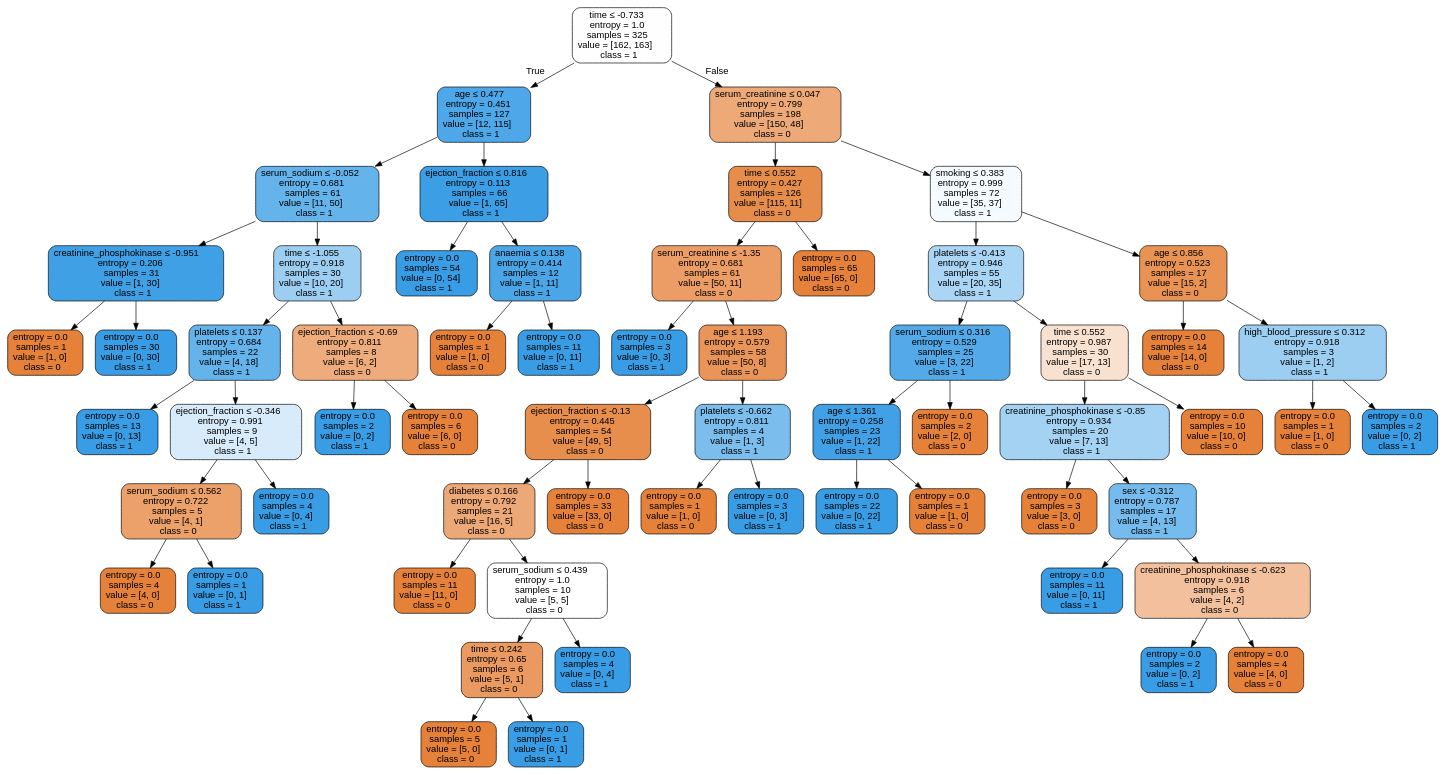
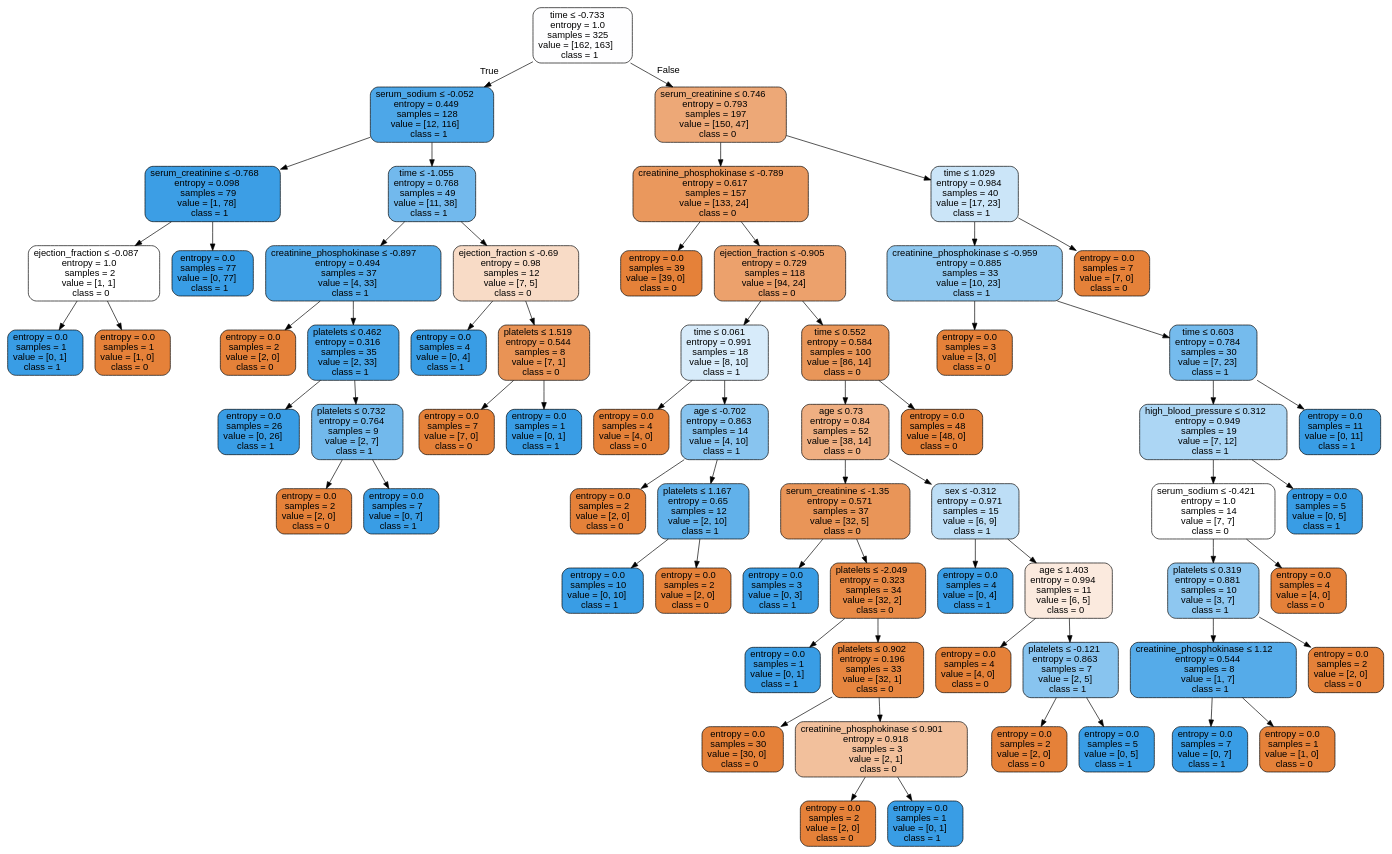
Before and after one commit to isabelSoares/CD-2021: the diagram in Labs/Results/DecisionTrees/SMOTE/HFCR - SMOTE - dtree.dot, drawn with Graphviz. The commit also changed 132 other files, not shown here.

```diff
--- a/Labs/Results/DecisionTrees/SMOTE/HFCR - SMOTE - dtree.dot
+++ b/Labs/Results/DecisionTrees/SMOTE/HFCR - SMOTE - dtree.dot
@@ -2,124 +2,132 @@
 node [shape=box, style="filled, rounded", color="black", fontname=helvetica] ;
 edge [fontname=helvetica] ;
 0 [label=<time &le; -0.733<br/>entropy = 1.0<br/>samples = 325<br/>value = [162, 163]<br/>class = 1>, fillcolor="#fefeff"] ;
-1 [label=<age &le; 0.477<br/>entropy = 0.451<br/>samples = 127<br/>value = [12, 115]<br/>class = 1>, fillcolor="#4ea7e8"] ;
+1 [label=<serum_sodium &le; -0.052<br/>entropy = 0.449<br/>samples = 128<br/>value = [12, 116]<br/>class = 1>, fillcolor="#4da7e8"] ;
 0 -> 1 [labeldistance=2.5, labelangle=45, headlabel="True"] ;
-2 [label=<serum_sodium &le; -0.052<br/>entropy = 0.681<br/>samples = 61<br/>value = [11, 50]<br/>class = 1>, fillcolor="#65b3eb"] ;
+2 [label=<serum_creatinine &le; -0.768<br/>entropy = 0.098<br/>samples = 79<br/>value = [1, 78]<br/>class = 1>, fillcolor="#3c9ee5"] ;
 1 -> 2 ;
-3 [label=<creatinine_phosphokinase &le; -0.951<br/>entropy = 0.206<br/>samples = 31<br/>value = [1, 30]<br/>class = 1>, fillcolor="#40a0e6"] ;
+3 [label=<ejection_fraction &le; -0.087<br/>entropy = 1.0<br/>samples = 2<br/>value = [1, 1]<br/>class = 0>, fillcolor="#ffffff"] ;
 2 -> 3 ;
-4 [label=<entropy = 0.0<br/>samples = 1<br/>value = [1, 0]<br/>class = 0>, fillcolor="#e58139"] ;
+4 [label=<entropy = 0.0<br/>samples = 1<br/>value = [0, 1]<br/>class = 1>, fillcolor="#399de5"] ;
 3 -> 4 ;
-5 [label=<entropy = 0.0<br/>samples = 30<br/>value = [0, 30]<br/>class = 1>, fillcolor="#399de5"] ;
+5 [label=<entropy = 0.0<br/>samples = 1<br/>value = [1, 0]<br/>class = 0>, fillcolor="#e58139"] ;
 3 -> 5 ;
-6 [label=<time &le; -1.055<br/>entropy = 0.918<br/>samples = 30<br/>value = [10, 20]<br/>class = 1>, fillcolor="#9ccef2"] ;
+6 [label=<entropy = 0.0<br/>samples = 77<br/>value = [0, 77]<br/>class = 1>, fillcolor="#399de5"] ;
 2 -> 6 ;
-7 [label=<platelets &le; 0.137<br/>entropy = 0.684<br/>samples = 22<br/>value = [4, 18]<br/>class = 1>, fillcolor="#65b3eb"] ;
-6 -> 7 ;
-8 [label=<entropy = 0.0<br/>samples = 13<br/>value = [0, 13]<br/>class = 1>, fillcolor="#399de5"] ;
+7 [label=<time &le; -1.055<br/>entropy = 0.768<br/>samples = 49<br/>value = [11, 38]<br/>class = 1>, fillcolor="#72b9ed"] ;
+1 -> 7 ;
+8 [label=<creatinine_phosphokinase &le; -0.897<br/>entropy = 0.494<br/>samples = 37<br/>value = [4, 33]<br/>class = 1>, fillcolor="#51a9e8"] ;
 7 -> 8 ;
-9 [label=<ejection_fraction &le; -0.346<br/>entropy = 0.991<br/>samples = 9<br/>value = [4, 5]<br/>class = 1>, fillcolor="#d7ebfa"] ;
-7 -> 9 ;
-10 [label=<serum_sodium &le; 0.562<br/>entropy = 0.722<br/>samples = 5<br/>value = [4, 1]<br/>class = 0>, fillcolor="#eca06a"] ;
-9 -> 10 ;
-11 [label=<entropy = 0.0<br/>samples = 4<br/>value = [4, 0]<br/>class = 0>, fillcolor="#e58139"] ;
+9 [label=<entropy = 0.0<br/>samples = 2<br/>value = [2, 0]<br/>class = 0>, fillcolor="#e58139"] ;
+8 -> 9 ;
+10 [label=<platelets &le; 0.462<br/>entropy = 0.316<br/>samples = 35<br/>value = [2, 33]<br/>class = 1>, fillcolor="#45a3e7"] ;
+8 -> 10 ;
+11 [label=<entropy = 0.0<br/>samples = 26<br/>value = [0, 26]<br/>class = 1>, fillcolor="#399de5"] ;
 10 -> 11 ;
-12 [label=<entropy = 0.0<br/>samples = 1<br/>value = [0, 1]<br/>class = 1>, fillcolor="#399de5"] ;
+12 [label=<platelets &le; 0.732<br/>entropy = 0.764<br/>samples = 9<br/>value = [2, 7]<br/>class = 1>, fillcolor="#72b9ec"] ;
 10 -> 12 ;
-13 [label=<entropy = 0.0<br/>samples = 4<br/>value = [0, 4]<br/>class = 1>, fillcolor="#399de5"] ;
-9 -> 13 ;
-14 [label=<ejection_fraction &le; -0.69<br/>entropy = 0.811<br/>samples = 8<br/>value = [6, 2]<br/>class = 0>, fillcolor="#eeab7b"] ;
-6 -> 14 ;
-15 [label=<entropy = 0.0<br/>samples = 2<br/>value = [0, 2]<br/>class = 1>, fillcolor="#399de5"] ;
-14 -> 15 ;
-16 [label=<entropy = 0.0<br/>samples = 6<br/>value = [6, 0]<br/>class = 0>, fillcolor="#e58139"] ;
-14 -> 16 ;
-17 [label=<ejection_fraction &le; 0.816<br/>entropy = 0.113<br/>samples = 66<br/>value = [1, 65]<br/>class = 1>, fillcolor="#3c9fe5"] ;
-1 -> 17 ;
-18 [label=<entropy = 0.0<br/>samples = 54<br/>value = [0, 54]<br/>class = 1>, fillcolor="#399de5"] ;
+13 [label=<entropy = 0.0<br/>samples = 2<br/>value = [2, 0]<br/>class = 0>, fillcolor="#e58139"] ;
+12 -> 13 ;
+14 [label=<entropy = 0.0<br/>samples = 7<br/>value = [0, 7]<br/>class = 1>, fillcolor="#399de5"] ;
+12 -> 14 ;
+15 [label=<ejection_fraction &le; -0.69<br/>entropy = 0.98<br/>samples = 12<br/>value = [7, 5]<br/>class = 0>, fillcolor="#f8dbc6"] ;
+7 -> 15 ;
+16 [label=<entropy = 0.0<br/>samples = 4<br/>value = [0, 4]<br/>class = 1>, fillcolor="#399de5"] ;
+15 -> 16 ;
+17 [label=<platelets &le; 1.519<br/>entropy = 0.544<br/>samples = 8<br/>value = [7, 1]<br/>class = 0>, fillcolor="#e99355"] ;
+15 -> 17 ;
+18 [label=<entropy = 0.0<br/>samples = 7<br/>value = [7, 0]<br/>class = 0>, fillcolor="#e58139"] ;
 17 -> 18 ;
-19 [label=<anaemia &le; 0.138<br/>entropy = 0.414<br/>samples = 12<br/>value = [1, 11]<br/>class = 1>, fillcolor="#4ba6e7"] ;
+19 [label=<entropy = 0.0<br/>samples = 1<br/>value = [0, 1]<br/>class = 1>, fillcolor="#399de5"] ;
 17 -> 19 ;
-20 [label=<entropy = 0.0<br/>samples = 1<br/>value = [1, 0]<br/>class = 0>, fillcolor="#e58139"] ;
-19 -> 20 ;
-21 [label=<entropy = 0.0<br/>samples = 11<br/>value = [0, 11]<br/>class = 1>, fillcolor="#399de5"] ;
-19 -> 21 ;
-22 [label=<serum_creatinine &le; 0.047<br/>entropy = 0.799<br/>samples = 198<br/>value = [150, 48]<br/>class = 0>, fillcolor="#eda978"] ;
-0 -> 22 [labeldistance=2.5, labelangle=-45, headlabel="False"] ;
-23 [label=<time &le; 0.552<br/>entropy = 0.427<br/>samples = 126<br/>value = [115, 11]<br/>class = 0>, fillcolor="#e78d4c"] ;
-22 -> 23 ;
-24 [label=<serum_creatinine &le; -1.35<br/>entropy = 0.681<br/>samples = 61<br/>value = [50, 11]<br/>class = 0>, fillcolor="#eb9d65"] ;
+20 [label=<serum_creatinine &le; 0.746<br/>entropy = 0.793<br/>samples = 197<br/>value = [150, 47]<br/>class = 0>, fillcolor="#eda877"] ;
+0 -> 20 [labeldistance=2.5, labelangle=-45, headlabel="False"] ;
+21 [label=<creatinine_phosphokinase &le; -0.789<br/>entropy = 0.617<br/>samples = 157<br/>value = [133, 24]<br/>class = 0>, fillcolor="#ea985d"] ;
+20 -> 21 ;
+22 [label=<entropy = 0.0<br/>samples = 39<br/>value = [39, 0]<br/>class = 0>, fillcolor="#e58139"] ;
+21 -> 22 ;
+23 [label=<ejection_fraction &le; -0.905<br/>entropy = 0.729<br/>samples = 118<br/>value = [94, 24]<br/>class = 0>, fillcolor="#eca16c"] ;
+21 -> 23 ;
+24 [label=<time &le; 0.061<br/>entropy = 0.991<br/>samples = 18<br/>value = [8, 10]<br/>class = 1>, fillcolor="#d7ebfa"] ;
 23 -> 24 ;
-25 [label=<entropy = 0.0<br/>samples = 3<br/>value = [0, 3]<br/>class = 1>, fillcolor="#399de5"] ;
+25 [label=<entropy = 0.0<br/>samples = 4<br/>value = [4, 0]<br/>class = 0>, fillcolor="#e58139"] ;
 24 -> 25 ;
-26 [label=<age &le; 1.193<br/>entropy = 0.579<br/>samples = 58<br/>value = [50, 8]<br/>class = 0>, fillcolor="#e99559"] ;
+26 [label=<age &le; -0.702<br/>entropy = 0.863<br/>samples = 14<br/>value = [4, 10]<br/>class = 1>, fillcolor="#88c4ef"] ;
 24 -> 26 ;
-27 [label=<ejection_fraction &le; -0.13<br/>entropy = 0.445<br/>samples = 54<br/>value = [49, 5]<br/>class = 0>, fillcolor="#e88e4d"] ;
+27 [label=<entropy = 0.0<br/>samples = 2<br/>value = [2, 0]<br/>class = 0>, fillcolor="#e58139"] ;
 26 -> 27 ;
-28 [label=<diabetes &le; 0.166<br/>entropy = 0.792<br/>samples = 21<br/>value = [16, 5]<br/>class = 0>, fillcolor="#eda877"] ;
-27 -> 28 ;
-29 [label=<entropy = 0.0<br/>samples = 11<br/>value = [11, 0]<br/>class = 0>, fillcolor="#e58139"] ;
+28 [label=<platelets &le; 1.167<br/>entropy = 0.65<br/>samples = 12<br/>value = [2, 10]<br/>class = 1>, fillcolor="#61b1ea"] ;
+26 -> 28 ;
+29 [label=<entropy = 0.0<br/>samples = 10<br/>value = [0, 10]<br/>class = 1>, fillcolor="#399de5"] ;
 28 -> 29 ;
-30 [label=<serum_sodium &le; 0.439<br/>entropy = 1.0<br/>samples = 10<br/>value = [5, 5]<br/>class = 0>, fillcolor="#ffffff"] ;
+30 [label=<entropy = 0.0<br/>samples = 2<br/>value = [2, 0]<br/>class = 0>, fillcolor="#e58139"] ;
 28 -> 30 ;
-31 [label=<time &le; 0.242<br/>entropy = 0.65<br/>samples = 6<br/>value = [5, 1]<br/>class = 0>, fillcolor="#ea9a61"] ;
-30 -> 31 ;
-32 [label=<entropy = 0.0<br/>samples = 5<br/>value = [5, 0]<br/>class = 0>, fillcolor="#e58139"] ;
+31 [label=<time &le; 0.552<br/>entropy = 0.584<br/>samples = 100<br/>value = [86, 14]<br/>class = 0>, fillcolor="#e99659"] ;
+23 -> 31 ;
+32 [label=<age &le; 0.73<br/>entropy = 0.84<br/>samples = 52<br/>value = [38, 14]<br/>class = 0>, fillcolor="#efaf82"] ;
 31 -> 32 ;
-33 [label=<entropy = 0.0<br/>samples = 1<br/>value = [0, 1]<br/>class = 1>, fillcolor="#399de5"] ;
-31 -> 33 ;
-34 [label=<entropy = 0.0<br/>samples = 4<br/>value = [0, 4]<br/>class = 1>, fillcolor="#399de5"] ;
-30 -> 34 ;
-35 [label=<entropy = 0.0<br/>samples = 33<br/>value = [33, 0]<br/>class = 0>, fillcolor="#e58139"] ;
-27 -> 35 ;
-36 [label=<platelets &le; -0.662<br/>entropy = 0.811<br/>samples = 4<br/>value = [1, 3]<br/>class = 1>, fillcolor="#7bbeee"] ;
-26 -> 36 ;
-37 [label=<entropy = 0.0<br/>samples = 1<br/>value = [1, 0]<br/>class = 0>, fillcolor="#e58139"] ;
-36 -> 37 ;
-38 [label=<entropy = 0.0<br/>samples = 3<br/>value = [0, 3]<br/>class = 1>, fillcolor="#399de5"] ;
-36 -> 38 ;
-39 [label=<entropy = 0.0<br/>samples = 65<br/>value = [65, 0]<br/>class = 0>, fillcolor="#e58139"] ;
-23 -> 39 ;
-40 [label=<smoking &le; 0.383<br/>entropy = 0.999<br/>samples = 72<br/>value = [35, 37]<br/>class = 1>, fillcolor="#f4fafe"] ;
-22 -> 40 ;
-41 [label=<platelets &le; -0.413<br/>entropy = 0.946<br/>samples = 55<br/>value = [20, 35]<br/>class = 1>, fillcolor="#aad5f4"] ;
-40 -> 41 ;
-42 [label=<serum_sodium &le; 0.316<br/>entropy = 0.529<br/>samples = 25<br/>value = [3, 22]<br/>class = 1>, fillcolor="#54aae9"] ;
-41 -> 42 ;
-43 [label=<age &le; 1.361<br/>entropy = 0.258<br/>samples = 23<br/>value = [1, 22]<br/>class = 1>, fillcolor="#42a1e6"] ;
+33 [label=<serum_creatinine &le; -1.35<br/>entropy = 0.571<br/>samples = 37<br/>value = [32, 5]<br/>class = 0>, fillcolor="#e99558"] ;
+32 -> 33 ;
+34 [label=<entropy = 0.0<br/>samples = 3<br/>value = [0, 3]<br/>class = 1>, fillcolor="#399de5"] ;
+33 -> 34 ;
+35 [label=<platelets &le; -2.049<br/>entropy = 0.323<br/>samples = 34<br/>value = [32, 2]<br/>class = 0>, fillcolor="#e78945"] ;
+33 -> 35 ;
+36 [label=<entropy = 0.0<br/>samples = 1<br/>value = [0, 1]<br/>class = 1>, fillcolor="#399de5"] ;
+35 -> 36 ;
+37 [label=<platelets &le; 0.902<br/>entropy = 0.196<br/>samples = 33<br/>value = [32, 1]<br/>class = 0>, fillcolor="#e6853f"] ;
+35 -> 37 ;
+38 [label=<entropy = 0.0<br/>samples = 30<br/>value = [30, 0]<br/>class = 0>, fillcolor="#e58139"] ;
+37 -> 38 ;
+39 [label=<creatinine_phosphokinase &le; 0.901<br/>entropy = 0.918<br/>samples = 3<br/>value = [2, 1]<br/>class = 0>, fillcolor="#f2c09c"] ;
+37 -> 39 ;
+40 [label=<entropy = 0.0<br/>samples = 2<br/>value = [2, 0]<br/>class = 0>, fillcolor="#e58139"] ;
+39 -> 40 ;
+41 [label=<entropy = 0.0<br/>samples = 1<br/>value = [0, 1]<br/>class = 1>, fillcolor="#399de5"] ;
+39 -> 41 ;
+42 [label=<sex &le; -0.312<br/>entropy = 0.971<br/>samples = 15<br/>value = [6, 9]<br/>class = 1>, fillcolor="#bddef6"] ;
+32 -> 42 ;
+43 [label=<entropy = 0.0<br/>samples = 4<br/>value = [0, 4]<br/>class = 1>, fillcolor="#399de5"] ;
 42 -> 43 ;
-44 [label=<entropy = 0.0<br/>samples = 22<br/>value = [0, 22]<br/>class = 1>, fillcolor="#399de5"] ;
-43 -> 44 ;
-45 [label=<entropy = 0.0<br/>samples = 1<br/>value = [1, 0]<br/>class = 0>, fillcolor="#e58139"] ;
-43 -> 45 ;
-46 [label=<entropy = 0.0<br/>samples = 2<br/>value = [2, 0]<br/>class = 0>, fillcolor="#e58139"] ;
-42 -> 46 ;
-47 [label=<time &le; 0.552<br/>entropy = 0.987<br/>samples = 30<br/>value = [17, 13]<br/>class = 0>, fillcolor="#f9e1d0"] ;
-41 -> 47 ;
-48 [label=<creatinine_phosphokinase &le; -0.85<br/>entropy = 0.934<br/>samples = 20<br/>value = [7, 13]<br/>class = 1>, fillcolor="#a4d2f3"] ;
-47 -> 48 ;
-49 [label=<entropy = 0.0<br/>samples = 3<br/>value = [3, 0]<br/>class = 0>, fillcolor="#e58139"] ;
-48 -> 49 ;
-50 [label=<sex &le; -0.312<br/>entropy = 0.787<br/>samples = 17<br/>value = [4, 13]<br/>class = 1>, fillcolor="#76bbed"] ;
-48 -> 50 ;
-51 [label=<entropy = 0.0<br/>samples = 11<br/>value = [0, 11]<br/>class = 1>, fillcolor="#399de5"] ;
+44 [label=<age &le; 1.403<br/>entropy = 0.994<br/>samples = 11<br/>value = [6, 5]<br/>class = 0>, fillcolor="#fbeade"] ;
+42 -> 44 ;
+45 [label=<entropy = 0.0<br/>samples = 4<br/>value = [4, 0]<br/>class = 0>, fillcolor="#e58139"] ;
+44 -> 45 ;
+46 [label=<platelets &le; -0.121<br/>entropy = 0.863<br/>samples = 7<br/>value = [2, 5]<br/>class = 1>, fillcolor="#88c4ef"] ;
+44 -> 46 ;
+47 [label=<entropy = 0.0<br/>samples = 2<br/>value = [2, 0]<br/>class = 0>, fillcolor="#e58139"] ;
+46 -> 47 ;
+48 [label=<entropy = 0.0<br/>samples = 5<br/>value = [0, 5]<br/>class = 1>, fillcolor="#399de5"] ;
+46 -> 48 ;
+49 [label=<entropy = 0.0<br/>samples = 48<br/>value = [48, 0]<br/>class = 0>, fillcolor="#e58139"] ;
+31 -> 49 ;
+50 [label=<time &le; 1.029<br/>entropy = 0.984<br/>samples = 40<br/>value = [17, 23]<br/>class = 1>, fillcolor="#cbe5f8"] ;
+20 -> 50 ;
+51 [label=<creatinine_phosphokinase &le; -0.959<br/>entropy = 0.885<br/>samples = 33<br/>value = [10, 23]<br/>class = 1>, fillcolor="#8fc8f0"] ;
 50 -> 51 ;
-52 [label=<creatinine_phosphokinase &le; -0.623<br/>entropy = 0.918<br/>samples = 6<br/>value = [4, 2]<br/>class = 0>, fillcolor="#f2c09c"] ;
-50 -> 52 ;
-53 [label=<entropy = 0.0<br/>samples = 2<br/>value = [0, 2]<br/>class = 1>, fillcolor="#399de5"] ;
-52 -> 53 ;
-54 [label=<entropy = 0.0<br/>samples = 4<br/>value = [4, 0]<br/>class = 0>, fillcolor="#e58139"] ;
-52 -> 54 ;
-55 [label=<entropy = 0.0<br/>samples = 10<br/>value = [10, 0]<br/>class = 0>, fillcolor="#e58139"] ;
-47 -> 55 ;
-56 [label=<age &le; 0.856<br/>entropy = 0.523<br/>samples = 17<br/>value = [15, 2]<br/>class = 0>, fillcolor="#e89253"] ;
-40 -> 56 ;
-57 [label=<entropy = 0.0<br/>samples = 14<br/>value = [14, 0]<br/>class = 0>, fillcolor="#e58139"] ;
+52 [label=<entropy = 0.0<br/>samples = 3<br/>value = [3, 0]<br/>class = 0>, fillcolor="#e58139"] ;
+51 -> 52 ;
+53 [label=<time &le; 0.603<br/>entropy = 0.784<br/>samples = 30<br/>value = [7, 23]<br/>class = 1>, fillcolor="#75bbed"] ;
+51 -> 53 ;
+54 [label=<high_blood_pressure &le; 0.312<br/>entropy = 0.949<br/>samples = 19<br/>value = [7, 12]<br/>class = 1>, fillcolor="#acd6f4"] ;
+53 -> 54 ;
+55 [label=<serum_sodium &le; -0.421<br/>entropy = 1.0<br/>samples = 14<br/>value = [7, 7]<br/>class = 0>, fillcolor="#ffffff"] ;
+54 -> 55 ;
+56 [label=<platelets &le; 0.319<br/>entropy = 0.881<br/>samples = 10<br/>value = [3, 7]<br/>class = 1>, fillcolor="#8ec7f0"] ;
+55 -> 56 ;
+57 [label=<creatinine_phosphokinase &le; 1.12<br/>entropy = 0.544<br/>samples = 8<br/>value = [1, 7]<br/>class = 1>, fillcolor="#55abe9"] ;
 56 -> 57 ;
-58 [label=<high_blood_pressure &le; 0.312<br/>entropy = 0.918<br/>samples = 3<br/>value = [1, 2]<br/>class = 1>, fillcolor="#9ccef2"] ;
-56 -> 58 ;
+58 [label=<entropy = 0.0<br/>samples = 7<br/>value = [0, 7]<br/>class = 1>, fillcolor="#399de5"] ;
+57 -> 58 ;
 59 [label=<entropy = 0.0<br/>samples = 1<br/>value = [1, 0]<br/>class = 0>, fillcolor="#e58139"] ;
-58 -> 59 ;
-60 [label=<entropy = 0.0<br/>samples = 2<br/>value = [0, 2]<br/>class = 1>, fillcolor="#399de5"] ;
-58 -> 60 ;
+57 -> 59 ;
+60 [label=<entropy = 0.0<br/>samples = 2<br/>value = [2, 0]<br/>class = 0>, fillcolor="#e58139"] ;
+56 -> 60 ;
+61 [label=<entropy = 0.0<br/>samples = 4<br/>value = [4, 0]<br/>class = 0>, fillcolor="#e58139"] ;
+55 -> 61 ;
+62 [label=<entropy = 0.0<br/>samples = 5<br/>value = [0, 5]<br/>class = 1>, fillcolor="#399de5"] ;
+54 -> 62 ;
+63 [label=<entropy = 0.0<br/>samples = 11<br/>value = [0, 11]<br/>class = 1>, fillcolor="#399de5"] ;
+53 -> 63 ;
+64 [label=<entropy = 0.0<br/>samples = 7<br/>value = [7, 0]<br/>class = 0>, fillcolor="#e58139"] ;
+50 -> 64 ;
 }
```
